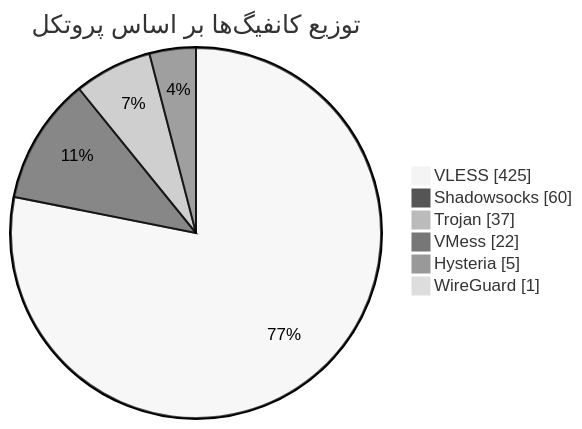
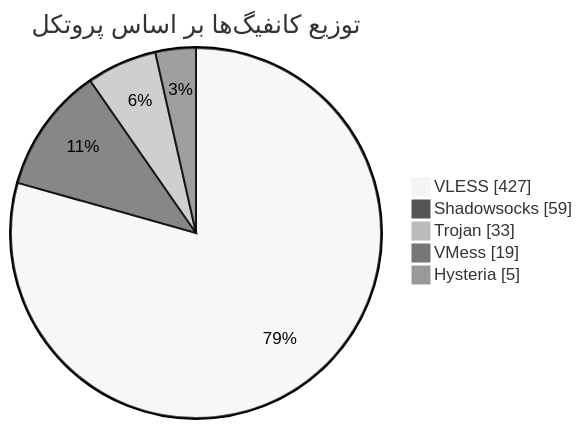
One commit to Arian-Alijani/Somthing changed the diagram in README.md. Above: the diagram before and after it, drawn with Mermaid (neutral theme). The commit also changed other lines of this file and 79 other files, not shown here.

````diff
--- a/README.md
+++ b/README.md
@@ -48,10 +47,9 @@
 ```mermaid
 pie showData
     title توزیع کانفیگ‌ها بر اساس پروتکل
-    "VLESS" : 425
-    "Shadowsocks" : 60
-    "Trojan" : 37
-    "VMess" : 22
+    "VLESS" : 427
+    "Shadowsocks" : 59
+    "Trojan" : 33
+    "VMess" : 19
     "Hysteria" : 5
-    "WireGuard" : 1
 ```
````
